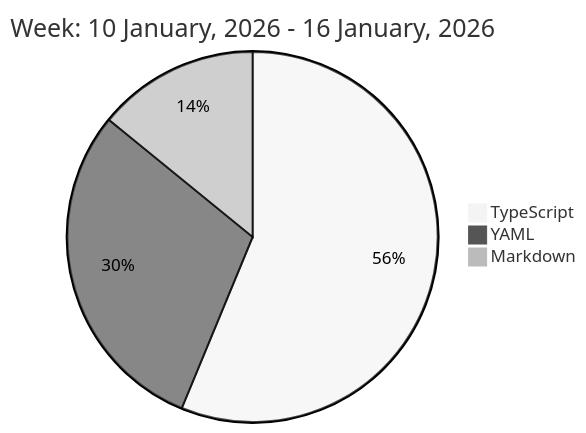
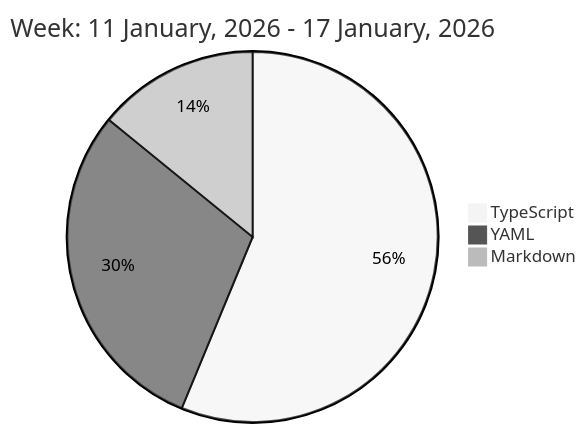
The diagram in README.md (liubin95/liubin95), drawn with Mermaid (neutral theme) before and after one commit.

Commit message:
Updated the Graph with new Metrics

````diff
--- a/README.md
+++ b/README.md
@@ -37,7 +37,7 @@
 ```mermaid
  pie
-title Week: 10 January, 2026 - 16 January, 2026
+title Week: 11 January, 2026 - 17 January, 2026
  "TypeScript" : 7.97
  "YAML" : 4.2
  "Markdown" : 2.0
 ```
````
